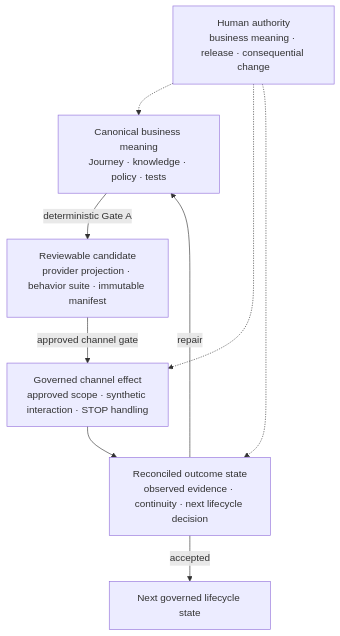
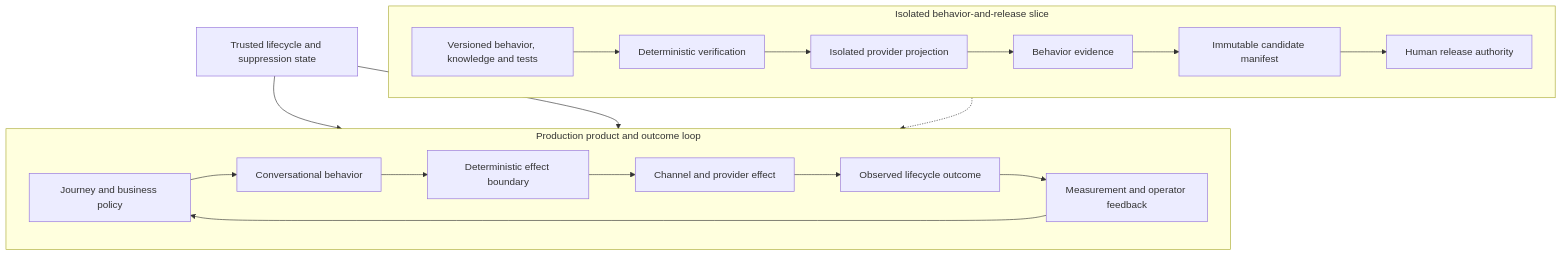
One commit to yiwei79/root-azoth changed the eighth of 9 diagrams in docs/case-studies/narrow-success-broad-failure.md. Above: the diagram before and after it, drawn with Mermaid. The commit also changed other lines of this file and 4 other files, not shown here.

Commit message:
release: prepare v0.3.0-rc.4 evidence expansion

````diff
--- a/docs/case-studies/narrow-success-broad-failure.md
+++ b/docs/case-studies/narrow-success-broad-failure.md
@@ -335,18 +459,25 @@
 ```mermaid
 flowchart TB
-    M["Canonical business meaning<br/>Journey · knowledge · policy · tests"]
-    C["Reviewable candidate<br/>provider projection · behavior suite · immutable manifest"]
-    E["Governed channel effect<br/>approved scope · synthetic interaction · STOP handling"]
-    R["Reconciled outcome state<br/>observed evidence · continuity · next lifecycle decision"]
-    N["Next governed lifecycle state"]
-    H["Human authority<br/>business meaning · release · consequential change"]
+    subgraph RELEASE["Isolated behavior-and-release slice"]
+        direction LR
+        V["Versioned behavior, knowledge and tests"] --> G1["Deterministic verification"]
+        G1 --> P["Isolated provider projection"]
+        P --> G2["Behavior evidence"]
+        G2 --> I["Immutable candidate manifest"]
+        I --> H["Human release authority"]
+    end
 
-    M -->|deterministic Gate A| C
-    C -->|approved channel gate| E
-    E --> R
-    R -->|repair| M
-    R -->|accepted| N
-    H -.-> M
-    H -.-> E
-    H -.-> R
+    subgraph PRODUCT["Production product and outcome loop"]
+        direction LR
+        J["Journey and business policy"] --> A["Conversational behavior"]
+        A --> E["Deterministic effect boundary"]
+        E --> C["Channel and provider effect"]
+        C --> O["Observed lifecycle outcome"]
+        O --> M["Measurement and operator feedback"]
+        M --> J
+    end
+
+    T["Trusted lifecycle and suppression state"] --> A
+    T --> E
+    H -.-> A
 ```
````
